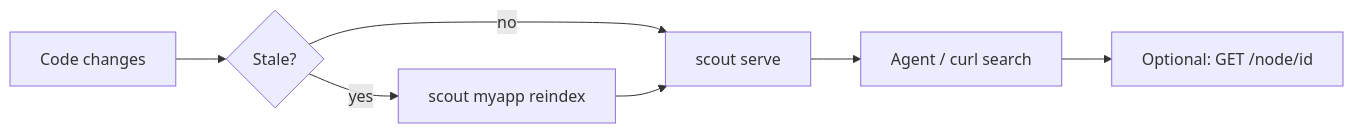
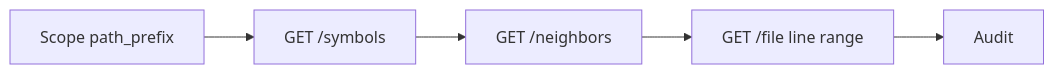
The second of 4 diagrams in README.md (tjax4376/scout), drawn with Mermaid before and after one commit. The commit also changed other lines of this file and 116 other files, not shown here.

First line of the commit message:
scout search without index and chunks.

````diff
--- a/README.md
+++ b/README.md
@@ -280,9 +312,7 @@
 ```mermaid
 flowchart LR
-  A[Code changes] --> B{Stale?}
-  B -->|yes| C["scout myapp reindex"]
-  B -->|no| D[scout serve]
-  C --> D
-  D --> E[Agent / curl search]
-  E --> F[Optional: GET /node/id]
+  S[Scope path_prefix] --> M["GET /symbols"]
+  M --> N["GET /neighbors"]
+  N --> R["GET /file line range"]
+  R --> A[Audit]
 ```
````
